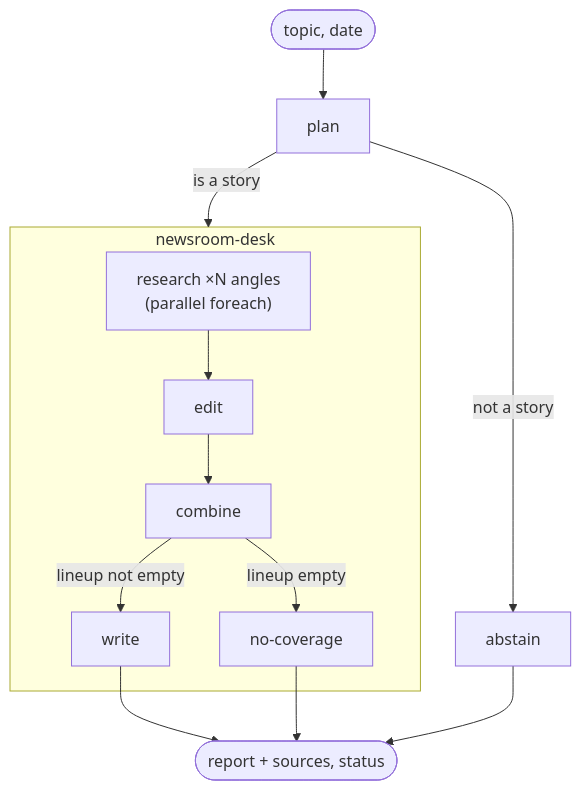
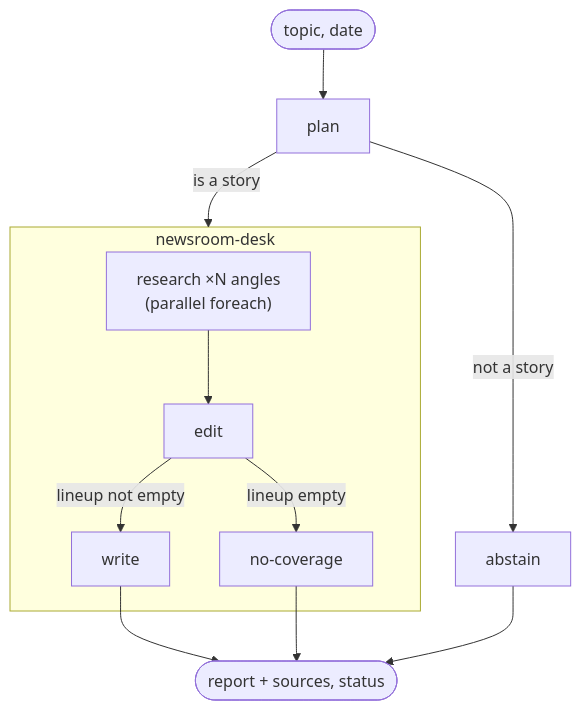
One commit to saba-ch/mastra-newsroom changed the diagram in README.md. Above: the diagram before and after it, drawn with Mermaid.

Commit message:
Drop combine from the README flowchart
Claude-Session: https://claude.ai/code/session_01SKDC3F6fFiTwEDZWaVS21k

````diff
--- a/README.md
+++ b/README.md
@@ -53,15 +53,15 @@
 ```mermaid
 flowchart TD
     A([topic, date]) --> plan
     plan -->|is a story| desk
     plan -->|not a story| abstain
     subgraph desk [newsroom-desk]
-        research["research ×N angles<br/>(parallel foreach)"] --> edit --> combine
-        combine -->|lineup not empty| write
-        combine -->|lineup empty| nocov[no-coverage]
+        research["research ×N angles<br/>(parallel foreach)"] --> edit
+        edit -->|lineup not empty| write
+        edit -->|lineup empty| nocov[no-coverage]
     end
     write --> out
     nocov --> out
     abstain --> out
     out([report + sources, status])
 ```
````
